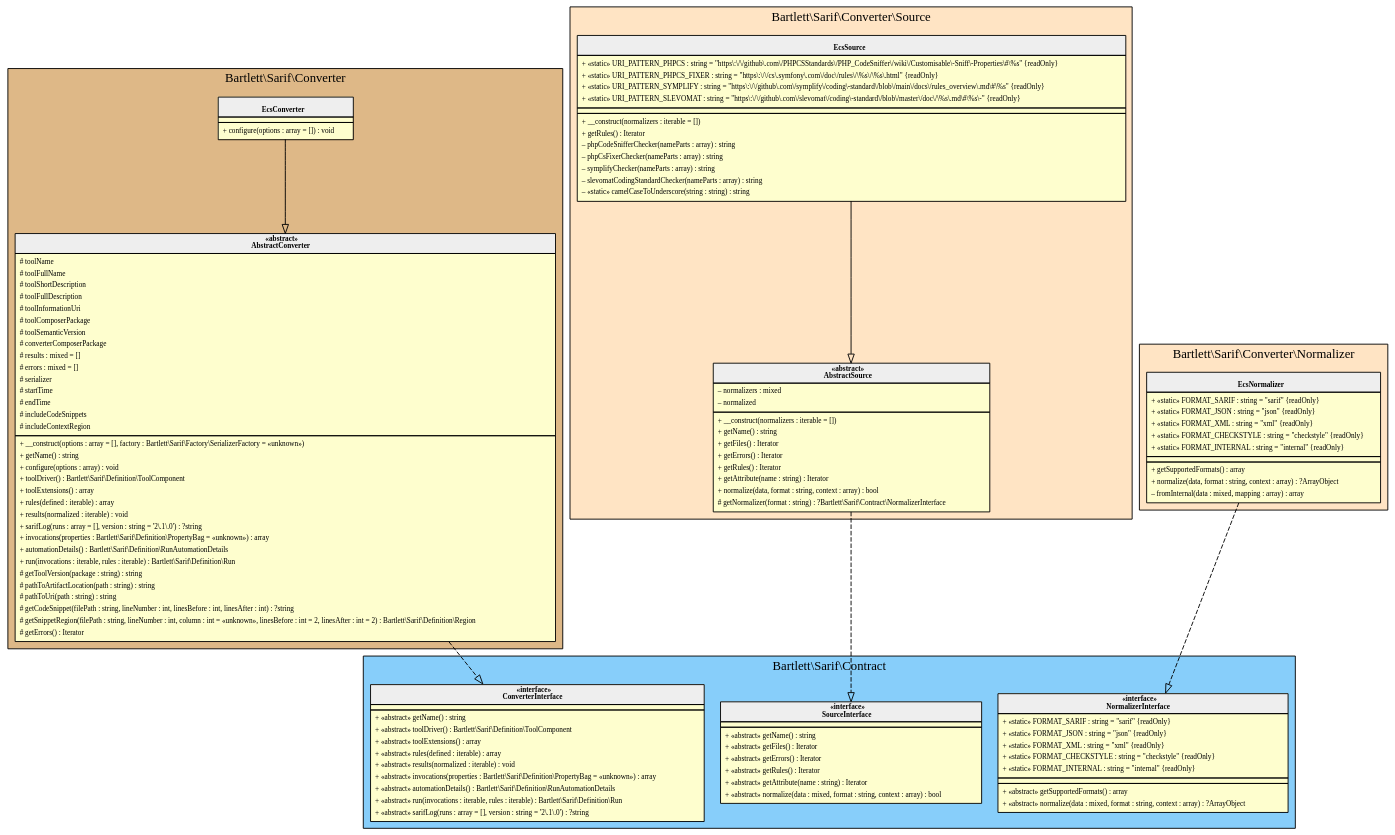
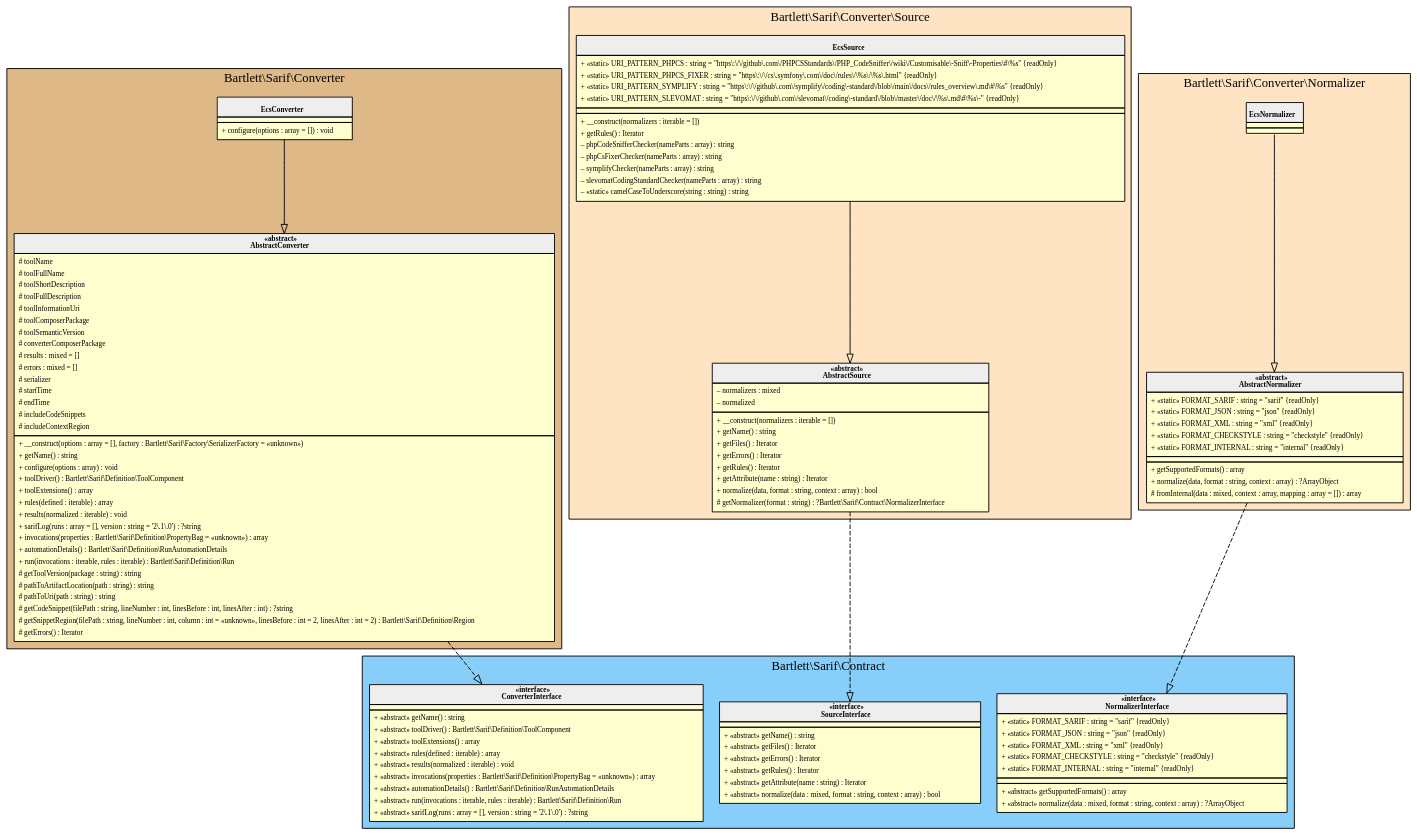
The diagram in 1.0/assets/images/converter-ecs.html.gv (llaville/sarif-php-converters), drawn with Graphviz before and after one commit. The commit also changed 26 other files, not shown here.

```diff
--- a/1.0/assets/images/converter-ecs.html.gv
+++ b/1.0/assets/images/converter-ecs.html.gv
@@ -1,174 +1,181 @@
 digraph {
   graph [name="G" overlap="false" rankdir="TB" bgcolor="transparent"]
   node [fontname="Verdana" fontsize=8 shape="none" margin=0 fillcolor="#FEFECE" style="filled"]
   edge [fontname="Verdana" fontsize=8]
   subgraph cluster_0 {
     graph [bgcolor="BurlyWood"]
     label = "Bartlett\\Sarif\\Converter"
     "Bartlett\\Sarif\\Converter\\EcsConverter" [shape="none" label=<
 <table cellspacing="0" border="0" cellborder="1">
     <tr><td bgcolor="#eeeeee"><b><br/>EcsConverter</b></td></tr>
     <tr><td></td></tr>
     <tr><td><table border="0" cellspacing="0" cellpadding="2">
     <tr><td align="left">+ configure(options : array = []) : void</td></tr>
 </table></td></tr>
 </table>>]
     "Bartlett\\Sarif\\Converter\\AbstractConverter" [shape="none" label=<
 <table cellspacing="0" border="0" cellborder="1">
     <tr><td bgcolor="#eeeeee"><b>«abstract»<br/>AbstractConverter</b></td></tr>
     <tr><td><table border="0" cellspacing="0" cellpadding="2">
     <tr><td align="left"># toolName</td></tr>
     <tr><td align="left"># toolFullName</td></tr>
     <tr><td align="left"># toolShortDescription</td></tr>
     <tr><td align="left"># toolFullDescription</td></tr>
     <tr><td align="left"># toolInformationUri</td></tr>
     <tr><td align="left"># toolComposerPackage</td></tr>
     <tr><td align="left"># toolSemanticVersion</td></tr>
     <tr><td align="left"># converterComposerPackage</td></tr>
     <tr><td align="left"># results : mixed = []</td></tr>
     <tr><td align="left"># errors : mixed = []</td></tr>
     <tr><td align="left"># serializer</td></tr>
     <tr><td align="left"># startTime</td></tr>
     <tr><td align="left"># endTime</td></tr>
     <tr><td align="left"># includeCodeSnippets</td></tr>
     <tr><td align="left"># includeContextRegion</td></tr>
 </table></td></tr>
     <tr><td><table border="0" cellspacing="0" cellpadding="2">
     <tr><td align="left">+ __construct(options : array = [], factory : Bartlett\\Sarif\\Factory\\SerializerFactory = «unknown»)</td></tr>
     <tr><td align="left">+ getName() : string</td></tr>
     <tr><td align="left">+ configure(options : array) : void</td></tr>
     <tr><td align="left">+ toolDriver() : Bartlett\\Sarif\\Definition\\ToolComponent</td></tr>
     <tr><td align="left">+ toolExtensions() : array</td></tr>
     <tr><td align="left">+ rules(defined : iterable) : array</td></tr>
     <tr><td align="left">+ results(normalized : iterable) : void</td></tr>
     <tr><td align="left">+ sarifLog(runs : array = [], version : string = '2\.1\.0') : ?string</td></tr>
     <tr><td align="left">+ invocations(properties : Bartlett\\Sarif\\Definition\\PropertyBag = «unknown») : array</td></tr>
     <tr><td align="left">+ automationDetails() : Bartlett\\Sarif\\Definition\\RunAutomationDetails</td></tr>
     <tr><td align="left">+ run(invocations : iterable, rules : iterable) : Bartlett\\Sarif\\Definition\\Run</td></tr>
     <tr><td align="left"># getToolVersion(package : string) : string</td></tr>
     <tr><td align="left"># pathToArtifactLocation(path : string) : string</td></tr>
     <tr><td align="left"># pathToUri(path : string) : string</td></tr>
     <tr><td align="left"># getCodeSnippet(filePath : string, lineNumber : int, linesBefore : int, linesAfter : int) : ?string</td></tr>
     <tr><td align="left"># getSnippetRegion(filePath : string, lineNumber : int, column : int = «unknown», linesBefore : int = 2, linesAfter : int = 2) : Bartlett\\Sarif\\Definition\\Region</td></tr>
     <tr><td align="left"># getErrors() : Iterator</td></tr>
 </table></td></tr>
 </table>>]
   }
   subgraph cluster_1 {
     graph [bgcolor="LightSkyBlue"]
     label = "Bartlett\\Sarif\\Contract"
     "Bartlett\\Sarif\\Contract\\ConverterInterface" [shape="none" label=<
 <table cellspacing="0" border="0" cellborder="1">
     <tr><td bgcolor="#eeeeee"><b>«interface»<br/>ConverterInterface</b></td></tr>
     <tr><td></td></tr>
     <tr><td><table border="0" cellspacing="0" cellpadding="2">
     <tr><td align="left">+ «abstract» getName() : string</td></tr>
     <tr><td align="left">+ «abstract» toolDriver() : Bartlett\\Sarif\\Definition\\ToolComponent</td></tr>
     <tr><td align="left">+ «abstract» toolExtensions() : array</td></tr>
     <tr><td align="left">+ «abstract» rules(defined : iterable) : array</td></tr>
     <tr><td align="left">+ «abstract» results(normalized : iterable) : void</td></tr>
     <tr><td align="left">+ «abstract» invocations(properties : Bartlett\\Sarif\\Definition\\PropertyBag = «unknown») : array</td></tr>
     <tr><td align="left">+ «abstract» automationDetails() : Bartlett\\Sarif\\Definition\\RunAutomationDetails</td></tr>
     <tr><td align="left">+ «abstract» run(invocations : iterable, rules : iterable) : Bartlett\\Sarif\\Definition\\Run</td></tr>
     <tr><td align="left">+ «abstract» sarifLog(runs : array = [], version : string = '2\.1\.0') : ?string</td></tr>
 </table></td></tr>
 </table>>]
     "Bartlett\\Sarif\\Contract\\SourceInterface" [shape="none" label=<
 <table cellspacing="0" border="0" cellborder="1">
     <tr><td bgcolor="#eeeeee"><b>«interface»<br/>SourceInterface</b></td></tr>
     <tr><td></td></tr>
     <tr><td><table border="0" cellspacing="0" cellpadding="2">
     <tr><td align="left">+ «abstract» getName() : string</td></tr>
     <tr><td align="left">+ «abstract» getFiles() : Iterator</td></tr>
     <tr><td align="left">+ «abstract» getErrors() : Iterator</td></tr>
     <tr><td align="left">+ «abstract» getRules() : Iterator</td></tr>
     <tr><td align="left">+ «abstract» getAttribute(name : string) : Iterator</td></tr>
     <tr><td align="left">+ «abstract» normalize(data : mixed, format : string, context : array) : bool</td></tr>
 </table></td></tr>
 </table>>]
     "Bartlett\\Sarif\\Contract\\NormalizerInterface" [shape="none" label=<
 <table cellspacing="0" border="0" cellborder="1">
     <tr><td bgcolor="#eeeeee"><b>«interface»<br/>NormalizerInterface</b></td></tr>
     <tr><td><table border="0" cellspacing="0" cellpadding="2">
     <tr><td align="left">+ «static» FORMAT_SARIF : string = "sarif" {readOnly}</td></tr>
     <tr><td align="left">+ «static» FORMAT_JSON : string = "json" {readOnly}</td></tr>
     <tr><td align="left">+ «static» FORMAT_XML : string = "xml" {readOnly}</td></tr>
     <tr><td align="left">+ «static» FORMAT_CHECKSTYLE : string = "checkstyle" {readOnly}</td></tr>
     <tr><td align="left">+ «static» FORMAT_INTERNAL : string = "internal" {readOnly}</td></tr>
 </table></td></tr>
     <tr><td></td></tr>
     <tr><td><table border="0" cellspacing="0" cellpadding="2">
     <tr><td align="left">+ «abstract» getSupportedFormats() : array</td></tr>
     <tr><td align="left">+ «abstract» normalize(data : mixed, format : string, context : array) : ?ArrayObject</td></tr>
 </table></td></tr>
 </table>>]
   }
   subgraph cluster_2 {
     graph [bgcolor="Bisque"]
     label = "Bartlett\\Sarif\\Converter\\Source"
     "Bartlett\\Sarif\\Converter\\Source\\EcsSource" [shape="none" label=<
 <table cellspacing="0" border="0" cellborder="1">
     <tr><td bgcolor="#eeeeee"><b><br/>EcsSource</b></td></tr>
     <tr><td><table border="0" cellspacing="0" cellpadding="2">
     <tr><td align="left">+ «static» URI_PATTERN_PHPCS : string = "https\:\/\/github\.com\/PHPCSStandards\/PHP_CodeSniffer\/wiki\/Customisable\-Sniff\-Properties\#\%s" {readOnly}</td></tr>
     <tr><td align="left">+ «static» URI_PATTERN_PHPCS_FIXER : string = "https\:\/\/cs\.symfony\.com\/doc\/rules\/\%s\/\%s\.html" {readOnly}</td></tr>
     <tr><td align="left">+ «static» URI_PATTERN_SYMPLIFY : string = "https\:\/\/github\.com\/symplify\/coding\-standard\/blob\/main\/docs\/rules_overview\.md\#\%s" {readOnly}</td></tr>
     <tr><td align="left">+ «static» URI_PATTERN_SLEVOMAT : string = "https\:\/\/github\.com\/slevomat\/coding\-standard\/blob\/master\/doc\/\%s\.md\#\%s\-" {readOnly}</td></tr>
 </table></td></tr>
     <tr><td></td></tr>
     <tr><td><table border="0" cellspacing="0" cellpadding="2">
     <tr><td align="left">+ __construct(normalizers : iterable = [])</td></tr>
     <tr><td align="left">+ getRules() : Iterator</td></tr>
     <tr><td align="left">– phpCodeSnifferChecker(nameParts : array) : string</td></tr>
     <tr><td align="left">– phpCsFixerChecker(nameParts : array) : string</td></tr>
     <tr><td align="left">– symplifyChecker(nameParts : array) : string</td></tr>
     <tr><td align="left">– slevomatCodingStandardChecker(nameParts : array) : string</td></tr>
     <tr><td align="left">– «static» camelCaseToUnderscore(string : string) : string</td></tr>
 </table></td></tr>
 </table>>]
     "Bartlett\\Sarif\\Converter\\Source\\AbstractSource" [shape="none" label=<
 <table cellspacing="0" border="0" cellborder="1">
     <tr><td bgcolor="#eeeeee"><b>«abstract»<br/>AbstractSource</b></td></tr>
     <tr><td><table border="0" cellspacing="0" cellpadding="2">
     <tr><td align="left">– normalizers : mixed</td></tr>
     <tr><td align="left">– normalized</td></tr>
 </table></td></tr>
     <tr><td><table border="0" cellspacing="0" cellpadding="2">
     <tr><td align="left">+ __construct(normalizers : iterable = [])</td></tr>
     <tr><td align="left">+ getName() : string</td></tr>
     <tr><td align="left">+ getFiles() : Iterator</td></tr>
     <tr><td align="left">+ getErrors() : Iterator</td></tr>
     <tr><td align="left">+ getRules() : Iterator</td></tr>
     <tr><td align="left">+ getAttribute(name : string) : Iterator</td></tr>
     <tr><td align="left">+ normalize(data, format : string, context : array) : bool</td></tr>
     <tr><td align="left"># getNormalizer(format : string) : ?Bartlett\\Sarif\\Contract\\NormalizerInterface</td></tr>
 </table></td></tr>
 </table>>]
   }
   subgraph cluster_3 {
     graph [bgcolor="Bisque"]
     label = "Bartlett\\Sarif\\Converter\\Normalizer"
     "Bartlett\\Sarif\\Converter\\Normalizer\\EcsNormalizer" [shape="none" label=<
 <table cellspacing="0" border="0" cellborder="1">
     <tr><td bgcolor="#eeeeee"><b><br/>EcsNormalizer</b></td></tr>
+    <tr><td></td></tr>
+    <tr><td></td></tr>
+</table>>]
+    "Bartlett\\Sarif\\Converter\\Normalizer\\AbstractNormalizer" [shape="none" label=<
+<table cellspacing="0" border="0" cellborder="1">
+    <tr><td bgcolor="#eeeeee"><b>«abstract»<br/>AbstractNormalizer</b></td></tr>
     <tr><td><table border="0" cellspacing="0" cellpadding="2">
     <tr><td align="left">+ «static» FORMAT_SARIF : string = "sarif" {readOnly}</td></tr>
     <tr><td align="left">+ «static» FORMAT_JSON : string = "json" {readOnly}</td></tr>
     <tr><td align="left">+ «static» FORMAT_XML : string = "xml" {readOnly}</td></tr>
     <tr><td align="left">+ «static» FORMAT_CHECKSTYLE : string = "checkstyle" {readOnly}</td></tr>
     <tr><td align="left">+ «static» FORMAT_INTERNAL : string = "internal" {readOnly}</td></tr>
 </table></td></tr>
     <tr><td></td></tr>
     <tr><td><table border="0" cellspacing="0" cellpadding="2">
     <tr><td align="left">+ getSupportedFormats() : array</td></tr>
     <tr><td align="left">+ normalize(data, format : string, context : array) : ?ArrayObject</td></tr>
-    <tr><td align="left">– fromInternal(data : mixed, mapping : array) : array</td></tr>
+    <tr><td align="left"># fromInternal(data : mixed, context : array, mapping : array = []) : array</td></tr>
 </table></td></tr>
 </table>>]
   }
   "Bartlett\\Sarif\\Converter\\AbstractConverter" -> "Bartlett\\Sarif\\Contract\\ConverterInterface" [arrowhead="empty" style="dashed"]
   "Bartlett\\Sarif\\Converter\\EcsConverter" -> "Bartlett\\Sarif\\Converter\\AbstractConverter" [arrowhead="empty" style="filled"]
   "Bartlett\\Sarif\\Converter\\Source\\AbstractSource" -> "Bartlett\\Sarif\\Contract\\SourceInterface" [arrowhead="empty" style="dashed"]
   "Bartlett\\Sarif\\Converter\\Source\\EcsSource" -> "Bartlett\\Sarif\\Converter\\Source\\AbstractSource" [arrowhead="empty" style="filled"]
-  "Bartlett\\Sarif\\Converter\\Normalizer\\EcsNormalizer" -> "Bartlett\\Sarif\\Contract\\NormalizerInterface" [arrowhead="empty" style="dashed"]
+  "Bartlett\\Sarif\\Converter\\Normalizer\\AbstractNormalizer" -> "Bartlett\\Sarif\\Contract\\NormalizerInterface" [arrowhead="empty" style="dashed"]
+  "Bartlett\\Sarif\\Converter\\Normalizer\\EcsNormalizer" -> "Bartlett\\Sarif\\Converter\\Normalizer\\AbstractNormalizer" [arrowhead="empty" style="filled"]
 }
```
